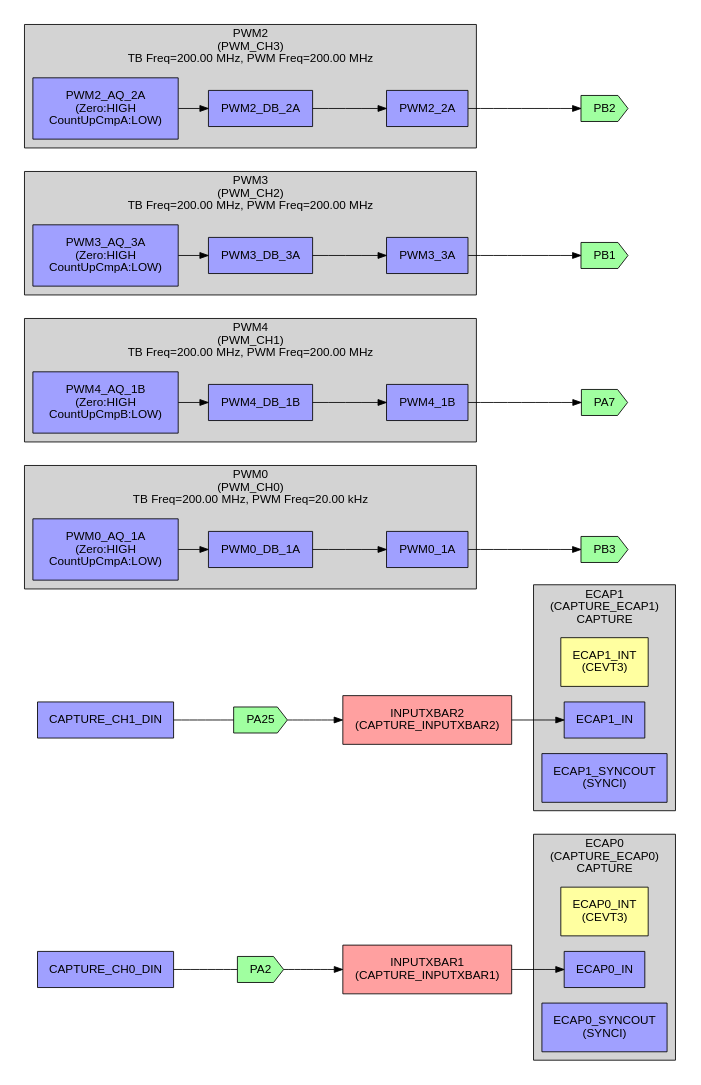
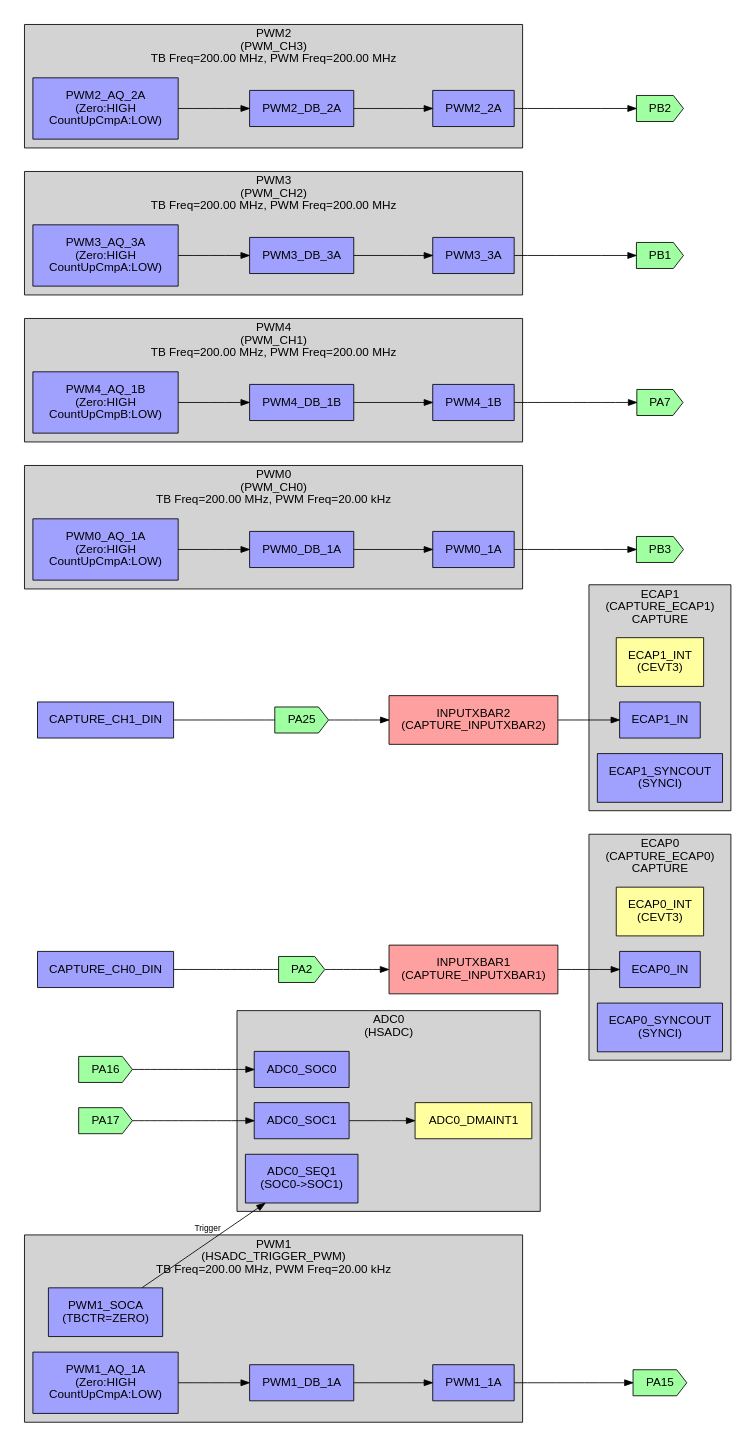
Before and after one commit to PatrickAJoseph/testbench: the diagram in firmware/testbench/Debug/syscfg/internalConnections.dot, drawn with Graphviz. The commit also changed 19 other files, not shown here.

Commit message:
Added high speed ADC sampling feature

```diff
--- a/firmware/testbench/Debug/syscfg/internalConnections.dot
+++ b/firmware/testbench/Debug/syscfg/internalConnections.dot
@@ -1,122 +1,160 @@
 digraph {
     graph [fontname = "helvetica"];
     node  [fontname = "helvetica" margin="0.2"];
     edge  [fontname = "helvetica" fontsize=10 labeldistance="1.5"];
     graph [mclimit=50 rankdir=LR];
 
         node [shape=cds style=filled fillcolor="#A0FFA0"];
+            PA16
+            PA17
             PA2
             PA25
             PB3
             PA7
             PB1
             PB2
+            PA15
 
         node [shape=rectangle style=filled fillcolor="#FFA0A0"];
             INPUTXBAR1 [label="INPUTXBAR1\n(CAPTURE_INPUTXBAR1)"]
             INPUTXBAR2 [label="INPUTXBAR2\n(CAPTURE_INPUTXBAR2)"]
 
         node [shape=oval style=filled fillcolor="#FFA0A0"];
 
         node [shape=triangle style=filled orientation=-90 fillcolor="#A0A0FF"];
 
         node [shape=rectangle style=filled orientation=-90 fillcolor="#FFFFA0"];
+            ADC0_DMAINT1
             ECAP0_INT [label="ECAP0_INT\n(CEVT3)"]
             ECAP1_INT [label="ECAP1_INT\n(CEVT3)"]
 
         node [shape=rectangle style=filled fillcolor="#A0A0FF"];
+            ADC0_SOC0
+            ADC0_SOC1
+            ADC0_SEQ1 [label="ADC0_SEQ1\n(SOC0->SOC1)"]
+            PWM1_SOCA
+            ADC0_DMAINT1
             ECAP0_IN
             INPUTXBAR1
             ECAP0_SYNCOUT [label="ECAP0_SYNCOUT\n(SYNCI)"]
             ECAP0_INT
             ECAP1_IN
             INPUTXBAR2
             ECAP1_SYNCOUT [label="ECAP1_SYNCOUT\n(SYNCI)"]
             ECAP1_INT
             PWM0_1A
             PWM0_DB_1A
             PWM0_AQ_1A [label="PWM0_AQ_1A\n(Zero:HIGH\nCountUpCmpA:LOW)"]
             PWM4_1B
             PWM4_DB_1B
             PWM4_AQ_1B [label="PWM4_AQ_1B\n(Zero:HIGH\nCountUpCmpB:LOW)"]
             PWM3_3A
             PWM3_DB_3A
             PWM3_AQ_3A [label="PWM3_AQ_3A\n(Zero:HIGH\nCountUpCmpA:LOW)"]
             PWM2_2A
             PWM2_DB_2A
             PWM2_AQ_2A [label="PWM2_AQ_2A\n(Zero:HIGH\nCountUpCmpA:LOW)"]
+            PWM1_1A
+            PWM1_DB_1A
+            PWM1_AQ_1A [label="PWM1_AQ_1A\n(Zero:HIGH\nCountUpCmpA:LOW)"]
+            PWM1_SOCA [label="PWM1_SOCA\n(TBCTR=ZERO)"]
 
+        PA16 -> ADC0_SOC0
+        PA17 -> ADC0_SOC1
+        PWM1_SOCA -> ADC0_SEQ1 [label="Trigger"]
+        ADC0_SOC1 -> ADC0_DMAINT1
         INPUTXBAR1 -> ECAP0_IN
         INPUTXBAR2 -> ECAP1_IN
         PA2 -> INPUTXBAR1
         CAPTURE_CH0_DIN -> PA2 [dir=none]
         PA25 -> INPUTXBAR2
         CAPTURE_CH1_DIN -> PA25 [dir=none]
         PWM0_DB_1A -> PWM0_1A
         PWM0_1A -> PB3
         PWM0_AQ_1A -> PWM0_DB_1A
         PWM4_DB_1B -> PWM4_1B
         PWM4_1B -> PA7
         PWM4_AQ_1B -> PWM4_DB_1B
         PWM3_DB_3A -> PWM3_3A
         PWM3_3A -> PB1
         PWM3_AQ_3A -> PWM3_DB_3A
         PWM2_DB_2A -> PWM2_2A
         PWM2_2A -> PB2
         PWM2_AQ_2A -> PWM2_DB_2A
+        PWM1_DB_1A -> PWM1_1A
+        PWM1_1A -> PA15
+        PWM1_AQ_1A -> PWM1_DB_1A
 
+        subgraph cluster_ADC0_ {
+            margin=10 style=invis
+            subgraph cluster_ADC0 {
+                label = "ADC0\n(HSADC)"
+                style=filled
+                
+                ADC0_SOC0 ADC0_SOC1 ADC0_SEQ1 ADC0_DMAINT1
+            }
+        }
+        subgraph cluster_PWM1_ {
+            margin=10 style=invis
+            subgraph cluster_PWM1 {
+                label = "PWM1\n(HSADC_TRIGGER_PWM)\nTB Freq=200.00 MHz, PWM Freq=20.00 kHz"
+                style=filled
+                
+                PWM1_SOCA PWM1_1A PWM1_DB_1A PWM1_AQ_1A PWM1_SOCA
+            }
+        }
         subgraph cluster_ECAP0_ {
             margin=10 style=invis
             subgraph cluster_ECAP0 {
                 label = "ECAP0\n(CAPTURE_ECAP0)\nCAPTURE"
                 style=filled
                 
                 ECAP0_IN ECAP0_SYNCOUT ECAP0_INT
             }
         }
         subgraph cluster_ECAP1_ {
             margin=10 style=invis
             subgraph cluster_ECAP1 {
                 label = "ECAP1\n(CAPTURE_ECAP1)\nCAPTURE"
                 style=filled
                 
                 ECAP1_IN ECAP1_SYNCOUT ECAP1_INT
             }
         }
         subgraph cluster_PWM0_ {
             margin=10 style=invis
             subgraph cluster_PWM0 {
                 label = "PWM0\n(PWM_CH0)\nTB Freq=200.00 MHz, PWM Freq=20.00 kHz"
                 style=filled
                 
                 PWM0_1A PWM0_DB_1A PWM0_AQ_1A
             }
         }
         subgraph cluster_PWM4_ {
             margin=10 style=invis
             subgraph cluster_PWM4 {
                 label = "PWM4\n(PWM_CH1)\nTB Freq=200.00 MHz, PWM Freq=200.00 MHz"
                 style=filled
                 
                 PWM4_1B PWM4_DB_1B PWM4_AQ_1B
             }
         }
         subgraph cluster_PWM3_ {
             margin=10 style=invis
             subgraph cluster_PWM3 {
                 label = "PWM3\n(PWM_CH2)\nTB Freq=200.00 MHz, PWM Freq=200.00 MHz"
                 style=filled
                 
                 PWM3_3A PWM3_DB_3A PWM3_AQ_3A
             }
         }
         subgraph cluster_PWM2_ {
             margin=10 style=invis
             subgraph cluster_PWM2 {
                 label = "PWM2\n(PWM_CH3)\nTB Freq=200.00 MHz, PWM Freq=200.00 MHz"
                 style=filled
                 
                 PWM2_2A PWM2_DB_2A PWM2_AQ_2A
             }
         }
 }
```
